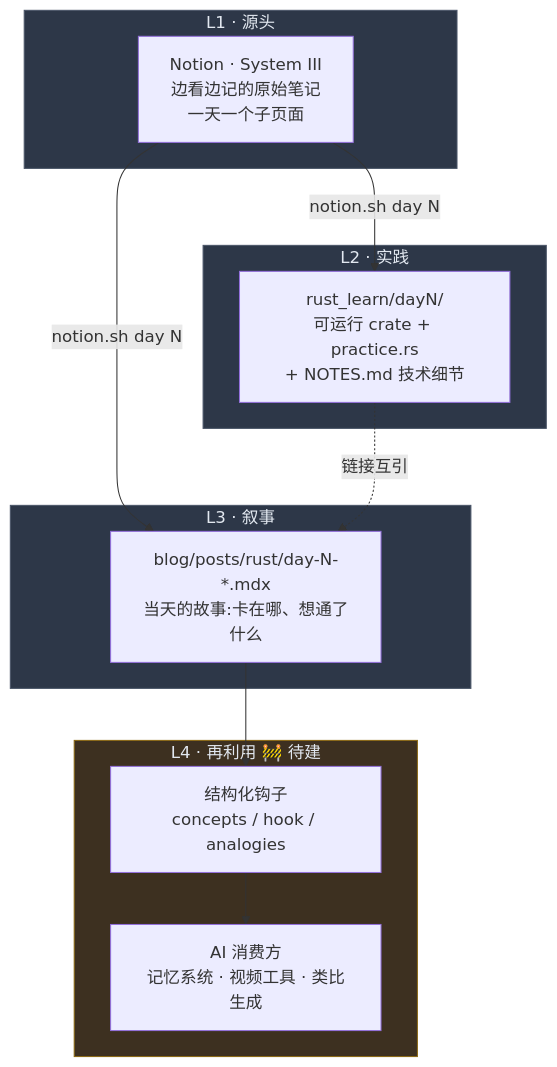
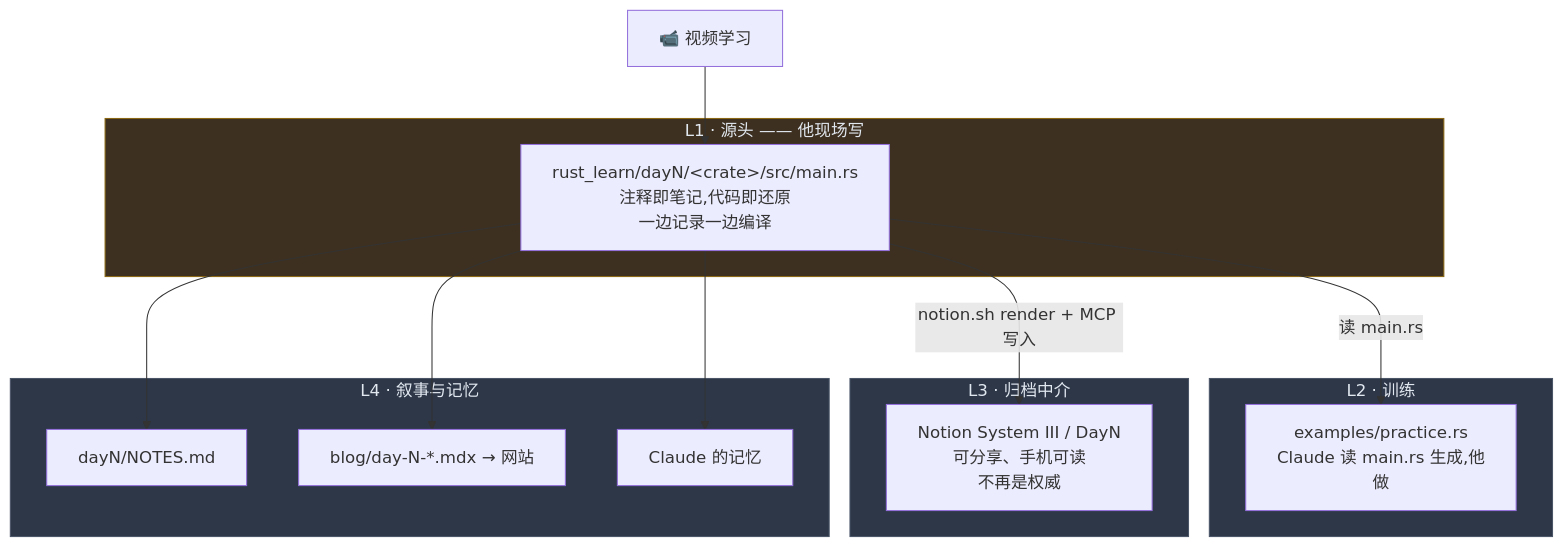
Before and after one commit to RoddyH17/RoddyH17.github.io: the first of 2 diagrams in PIPELINE.md, drawn with Mermaid. The commit also changed other lines of this file and 3 other files, not shown here.

````diff
--- a/PIPELINE.md
+++ b/PIPELINE.md
@@ -37,30 +37,34 @@
 ```mermaid
 flowchart TD
-    subgraph L1["L1 · 源头"]
-        N["Notion · System III<br/>边看边记的原始笔记<br/>一天一个子页面"]
+    V["📹 视频学习"]
+
+    subgraph L1["L1 · 源头 —— 他现场写"]
+        M["rust_learn/dayN/&lt;crate&gt;/src/main.rs<br/>注释即笔记,代码即还原<br/>一边记录一边编译"]
     end
 
-    subgraph L2["L2 · 实践"]
-        R["rust_learn/dayN/<br/>可运行 crate + practice.rs<br/>+ NOTES.md 技术细节"]
+    subgraph L2["L2 · 训练"]
+        P["examples/practice.rs<br/>Claude 读 main.rs 生成,他做"]
     end
 
-    subgraph L3["L3 · 叙事"]
-        B["blog/posts/rust/day-N-*.mdx<br/>当天的故事:卡在哪、想通了什么"]
+    subgraph L3["L3 · 归档中介"]
+        N["Notion System III / DayN<br/>可分享、手机可读<br/>不再是权威"]
     end
 
-    subgraph L4["L4 · 再利用 🚧 待建"]
-        H["结构化钩子<br/>concepts / hook / analogies"]
-        AI["AI 消费方<br/>记忆系统 · 视频工具 · 类比生成"]
+    subgraph L4["L4 · 叙事与记忆"]
+        NO["dayN/NOTES.md"]
+        B["blog/day-N-*.mdx → 网站"]
+        ME["Claude 的记忆"]
     end
 
-    N -->|"notion.sh day N"| R
-    N -->|"notion.sh day N"| B
-    R -.->|"链接互引"| B
-    B --> H
-    H --> AI
+    V --> M
+    M -->|"读 main.rs"| P
+    M -->|"notion.sh render + MCP 写入"| N
+    M --> NO
+    M --> B
+    M --> ME
 
-    style L1 fill:#2d3748,stroke:#4a5568,color:#e2e8f0
+    style L1 fill:#3d3020,stroke:#8b6914,color:#e2e8f0
     style L2 fill:#2d3748,stroke:#4a5568,color:#e2e8f0
     style L3 fill:#2d3748,stroke:#4a5568,color:#e2e8f0
-    style L4 fill:#3d3020,stroke:#8b6914,color:#e2e8f0
+    style L4 fill:#2d3748,stroke:#4a5568,color:#e2e8f0
 ```
````
